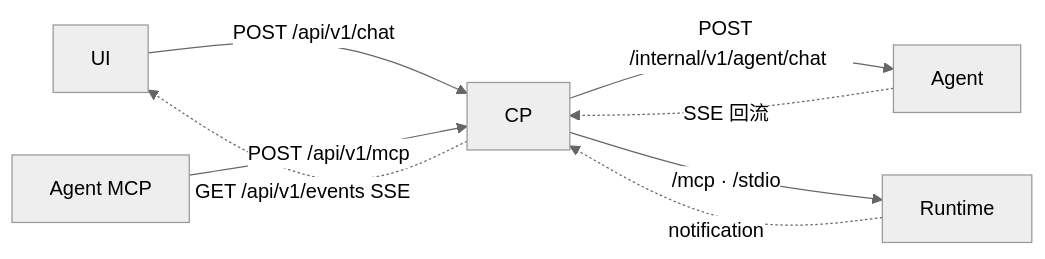
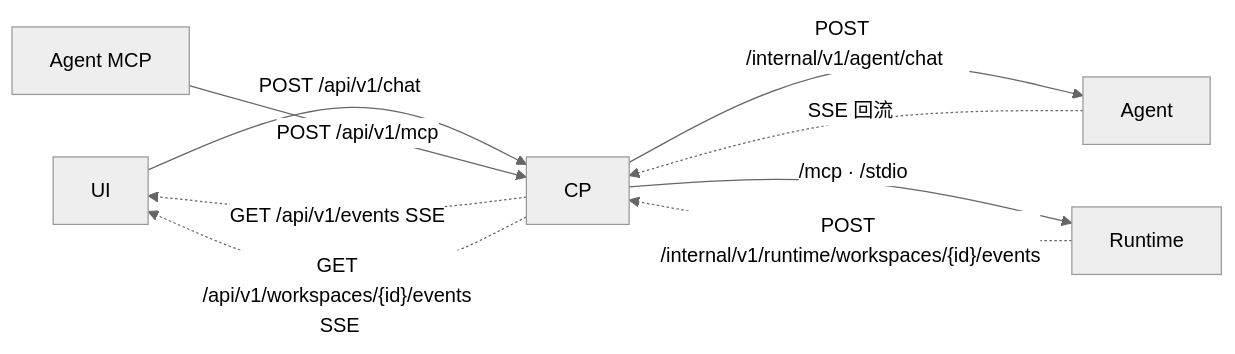
The diagram in docs/i18n/zh-Hans/DEV-014-control-plane-architecture.md (cc01cc/xihe-project), drawn with Mermaid before and after one commit. The commit also changed other lines of this file and 29 other files, not shown here.

````diff
--- a/docs/i18n/zh-Hans/DEV-014-control-plane-architecture.md
+++ b/docs/i18n/zh-Hans/DEV-014-control-plane-architecture.md
@@ -16,11 +16,12 @@
 ```mermaid
 %%{init: {'theme': 'neutral'}}%%
 flowchart LR
     UI["UI"] -->|"POST /api/v1/chat"| CP["CP"]
     CP -->|"POST /internal/v1/agent/chat"| AG["Agent"]
     AG -.->|"SSE 回流"| CP
     CP -.->|"GET /api/v1/events SSE"| UI
+    CP -.->|"GET /api/v1/workspaces/{id}/events SSE"| UI
     AG2["Agent MCP"] -->|"POST /api/v1/mcp"| CP
     CP -->|"/mcp · /stdio"| RT["Runtime"]
-    RT -.->|"notification"| CP
+    RT -.->|"POST /internal/v1/runtime/workspaces/{id}/events"| CP
 ```
````
